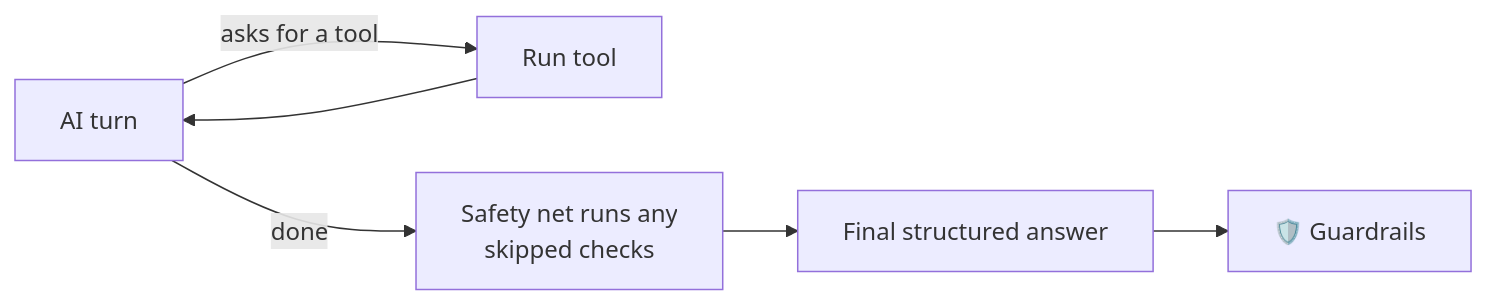
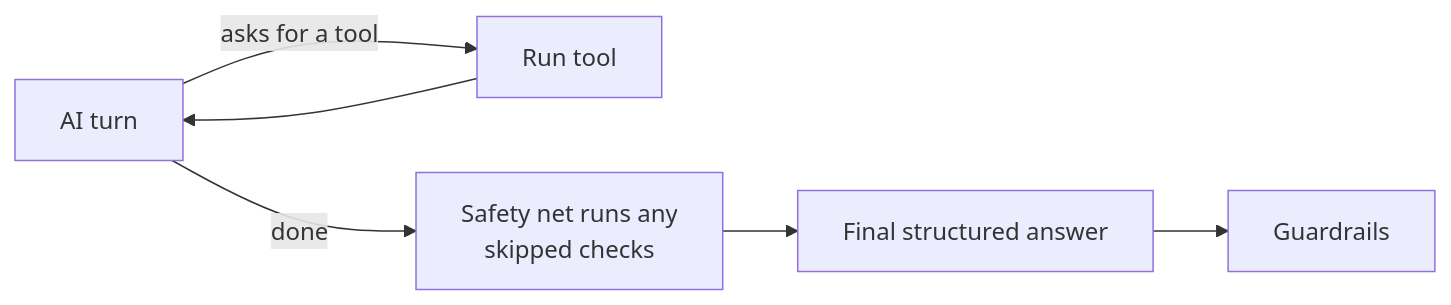
Before and after one commit to brixdorf/procurement-request-copilot: the second of 3 diagrams in README.md, drawn with Mermaid. The commit also changed other lines of this file and 3 other files, not shown here.

````diff
--- a/README.md
+++ b/README.md
@@ -90,7 +89,7 @@
 ```mermaid
 flowchart LR
     S[AI turn] -->|asks for a tool| T[Run tool]
     T --> S
     S -->|done| C[Safety net runs any<br/>skipped checks]
-    C --> J[Final structured answer] --> G[🛡️ Guardrails]
+    C --> J[Final structured answer] --> G[Guardrails]
 ```
````
